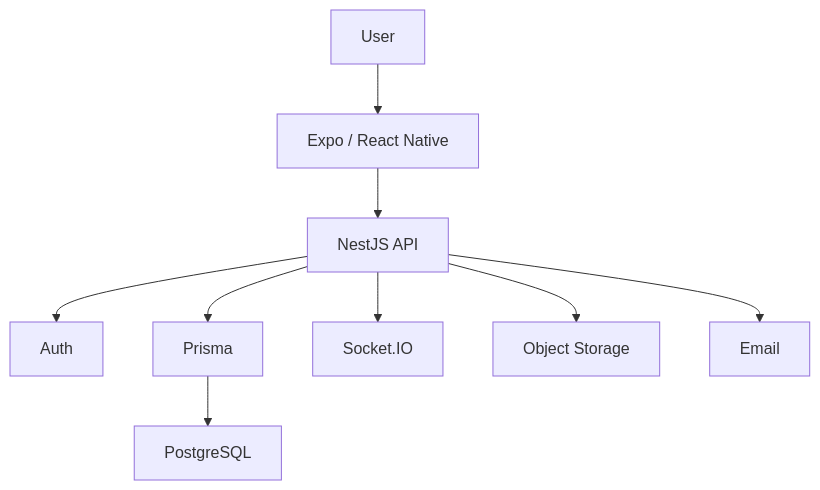
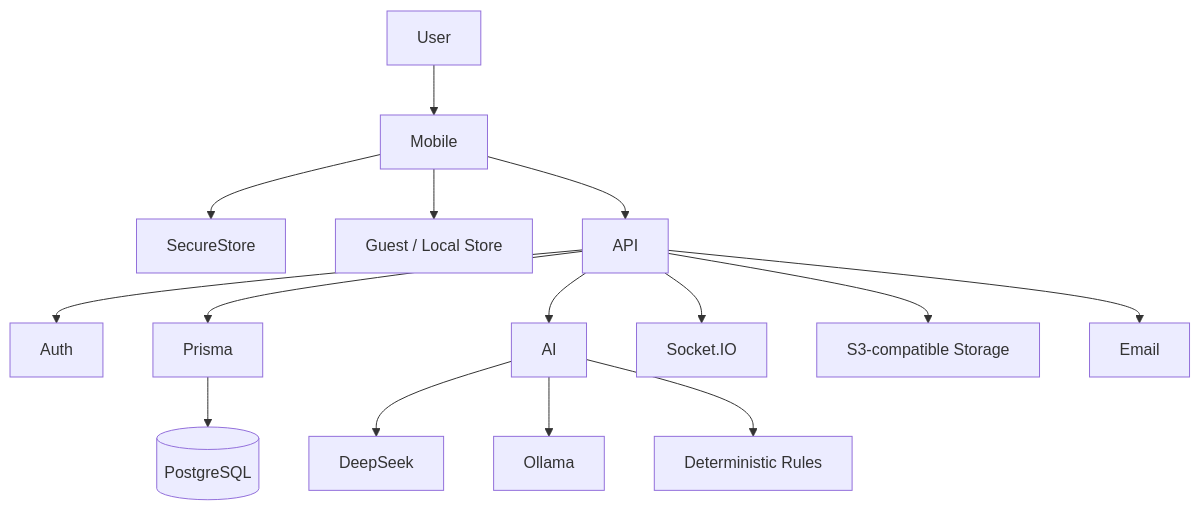
Before and after one commit to KevinT31/Goaly: the diagram in docs/ARCHITECTURE.md, drawn with Mermaid. The commit also changed other lines of this file, not shown here.

Commit message:
docs: expand mobile and backend architecture

````diff
--- a/docs/ARCHITECTURE.md
+++ b/docs/ARCHITECTURE.md
@@ -12,13 +31,20 @@
 ```mermaid
 flowchart TB
-    User --> Mobile[Expo / React Native]
-    Mobile --> API[NestJS API]
+    User --> Mobile
+    Mobile --> SecureStore
+    Mobile --> GuestStore[Guest / Local Store]
+    Mobile --> API
 
-    API --> Auth[Auth]
-    API --> ORM[Prisma]
-    ORM --> DB[PostgreSQL]
+    API --> Auth
+    API --> Prisma
+    Prisma --> Postgres[(PostgreSQL)]
 
-    API --> Realtime[Socket.IO]
-    API --> Storage[Object Storage]
-    API --> Email[Email]
+    API --> AI
+    AI --> DeepSeek
+    AI --> Ollama
+    AI --> Rules[Deterministic Rules]
+
+    API --> Socket[Socket.IO]
+    API --> S3[S3-compatible Storage]
+    API --> SES[Email]
 ```
````
